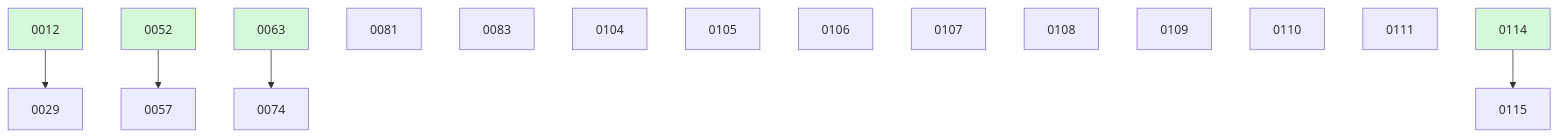
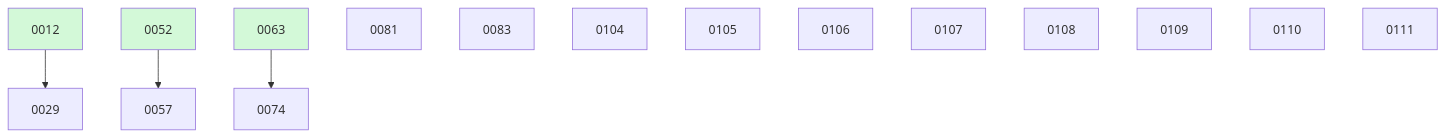
The diagram in docs/changes/BOARD.md (ethanhinson/fuse), drawn with Mermaid before and after one commit. The commit also changed other lines of this file and 4 other files, not shown here.

````diff
--- a/docs/changes/BOARD.md
+++ b/docs/changes/BOARD.md
@@ -39,22 +33,20 @@
 ```mermaid
 graph TD
   0012 --> 0029
   0052 --> 0057
   0063 --> 0074
   0081
   0083
   0104
   0105
   0106
   0107
   0108
   0109
   0110
   0111
-  0114 --> 0115
   0012:::done
   0052:::done
   0063:::done
-  0114:::done
   classDef done fill:#d3f9d8;
 ```
````
